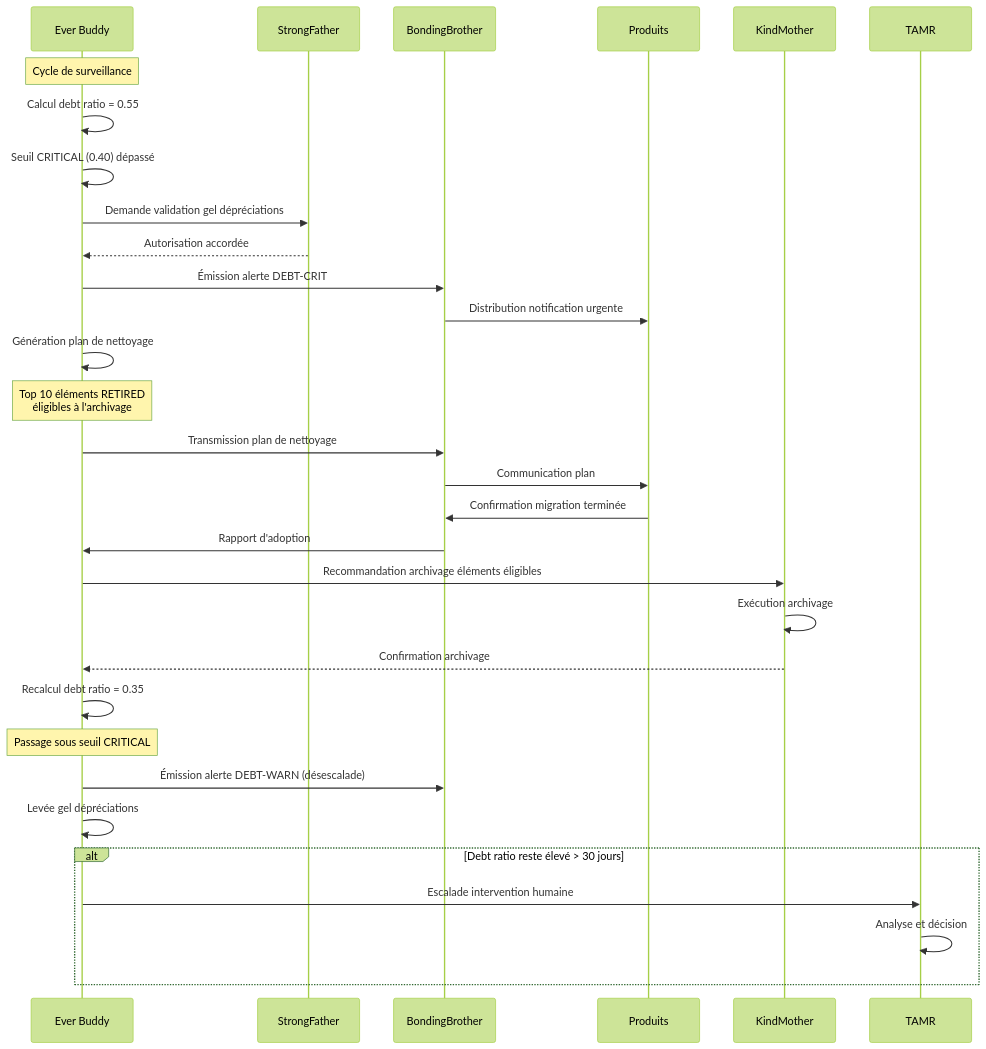
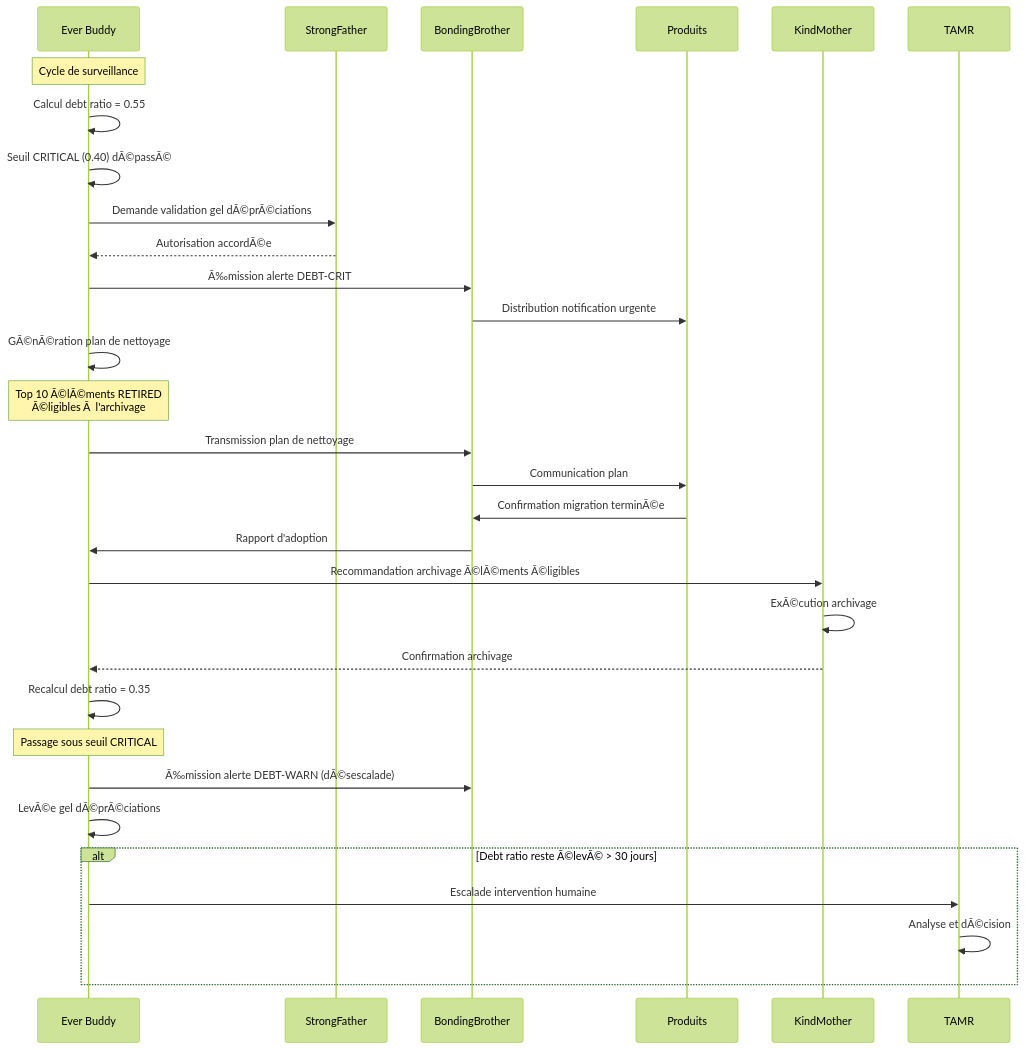
The third of 3 diagrams in docs/cores/EverBuddy/contracts/observability/Ever Buddy - Debt Tracking Contract.md (StudioMiyukini/miyukini_cog), drawn with Mermaid (forest theme) before and after one commit. The commit also changed other lines of this file and 1287 other files, not shown here.

````diff
--- a/docs/cores/EverBuddy/contracts/observability/Ever Buddy - Debt Tracking Contract.md
+++ b/docs/cores/EverBuddy/contracts/observability/Ever Buddy - Debt Tracking Contract.md
@@ -406,43 +406,43 @@
 ```mermaid
 sequenceDiagram
     participant EB as Ever Buddy
     participant SF as StrongFather
     participant BB as BondingBrother
     participant PROD as Produits
     participant KM as KindMother
     participant TAMR as TAMR
     
     Note over EB: Cycle de surveillance
     EB->>EB: Calcul debt ratio = 0.55
-    EB->>EB: Seuil CRITICAL (0.40) dépassé
+    EB->>EB: Seuil CRITICAL (0.40) dÃ©passÃ©
     
-    EB->>SF: Demande validation gel dépréciations
-    SF-->>EB: Autorisation accordée
+    EB->>SF: Demande validation gel dÃ©prÃ©ciations
+    SF-->>EB: Autorisation accordÃ©e
     
-    EB->>BB: Émission alerte DEBT-CRIT
+    EB->>BB: Ã‰mission alerte DEBT-CRIT
     BB->>PROD: Distribution notification urgente
     
-    EB->>EB: Génération plan de nettoyage
-    Note over EB: Top 10 éléments RETIRED<br/>éligibles à l'archivage
+    EB->>EB: GÃ©nÃ©ration plan de nettoyage
+    Note over EB: Top 10 Ã©lÃ©ments RETIRED<br/>Ã©ligibles Ã  l'archivage
     
     EB->>BB: Transmission plan de nettoyage
     BB->>PROD: Communication plan
     
-    PROD->>BB: Confirmation migration terminée
+    PROD->>BB: Confirmation migration terminÃ©e
     BB->>EB: Rapport d'adoption
     
-    EB->>KM: Recommandation archivage éléments éligibles
-    KM->>KM: Exécution archivage
+    EB->>KM: Recommandation archivage Ã©lÃ©ments Ã©ligibles
+    KM->>KM: ExÃ©cution archivage
     KM-->>EB: Confirmation archivage
     
     EB->>EB: Recalcul debt ratio = 0.35
     Note over EB: Passage sous seuil CRITICAL
     
-    EB->>BB: Émission alerte DEBT-WARN (désescalade)
-    EB->>EB: Levée gel dépréciations
+    EB->>BB: Ã‰mission alerte DEBT-WARN (dÃ©sescalade)
+    EB->>EB: LevÃ©e gel dÃ©prÃ©ciations
     
-    alt Debt ratio reste élevé > 30 jours
+    alt Debt ratio reste Ã©levÃ© > 30 jours
         EB->>TAMR: Escalade intervention humaine
-        TAMR->>TAMR: Analyse et décision
+        TAMR->>TAMR: Analyse et dÃ©cision
     end
 ```
````
